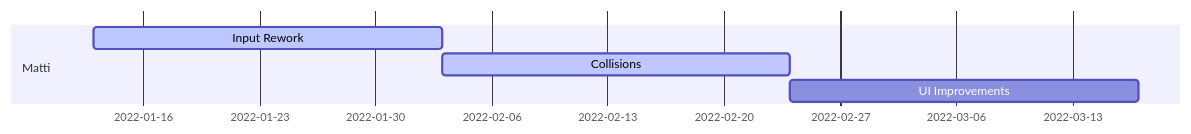
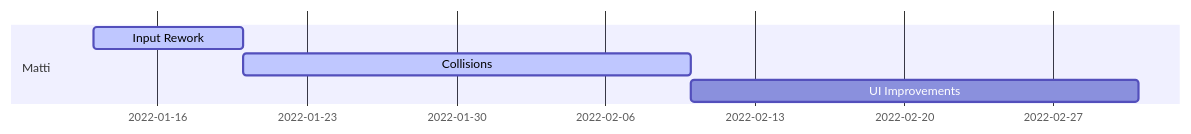
Before and after one commit to IlkkaTakala/Eril-Engine: the third of 3 diagrams in docs/ProjectPlan.md, drawn with Mermaid. The commit also changed other lines of this file, not shown here.

````diff
--- a/docs/ProjectPlan.md
+++ b/docs/ProjectPlan.md
@@ -80,9 +80,9 @@
 ```mermaid
 gantt
 dateFormat  DD-MM
 
 section Matti
-Input Rework           :active,    mdes3, 13-01, 3w
+Input Rework           :active,    mdes3, 13-01, 1w
 Collisions             :active,    mdes1, after mdes3, 3w
 UI Improvements        :           mdes2, after mdes1, 3w
 ```
````
